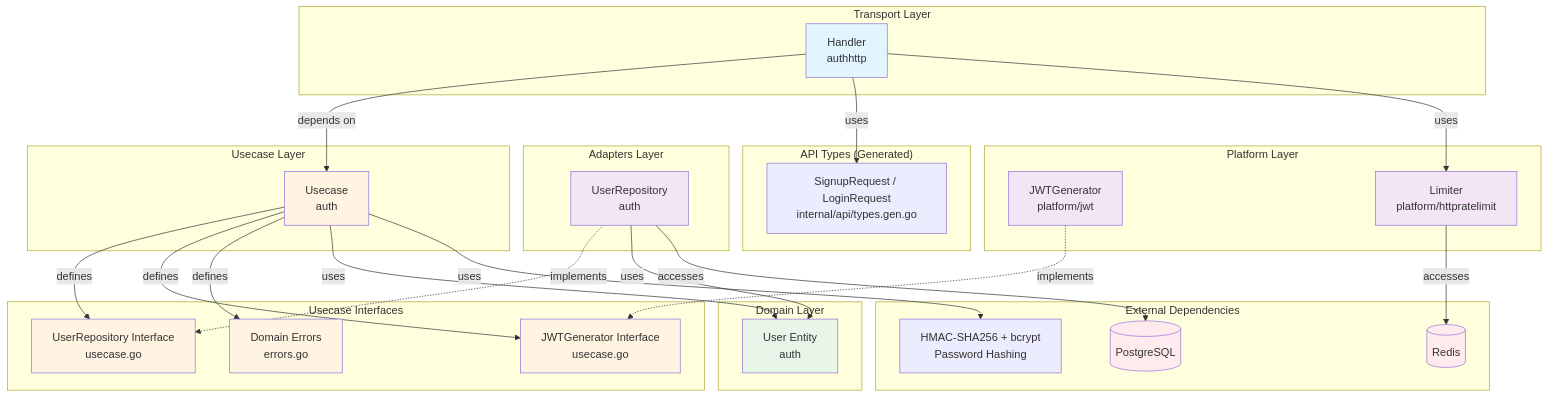
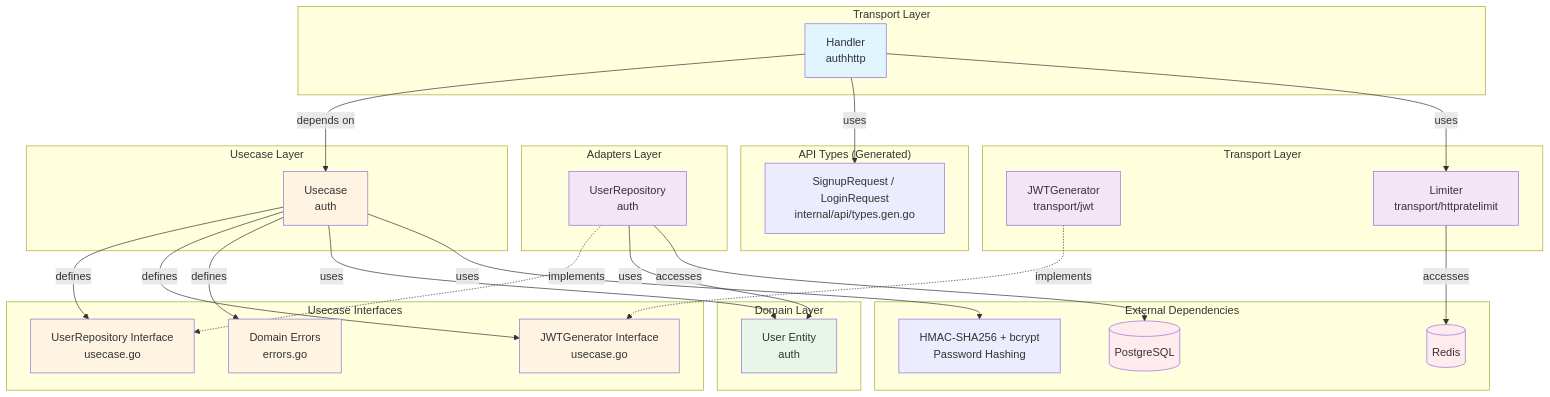
Before and after one commit to UCHIDAnobuhiro/stock_backend: the sixth of 6 diagrams in internal/feature/auth/README.md, drawn with Mermaid. The commit also changed other lines of this file and 3 other files, not shown here.

````diff
--- a/internal/feature/auth/README.md
+++ b/internal/feature/auth/README.md
@@ -424,65 +424,65 @@
 ```mermaid
 graph TB
     subgraph "Transport Layer"
         Handler[Handler<br/>authhttp]
     end
 
     subgraph "API Types (Generated)"
         APITypes[SignupRequest / LoginRequest<br/>internal/api/types.gen.go]
     end
 
     subgraph "Usecase Layer"
         Usecase[Usecase<br/>auth]
     end
 
     subgraph "Domain Layer"
         Entity[User Entity<br/>auth]
     end
 
     subgraph "Usecase Interfaces"
         RepoInterface[UserRepository Interface<br/>usecase.go]
         JWTInterface[JWTGenerator Interface<br/>usecase.go]
         Errors[Domain Errors<br/>errors.go]
     end
 
     subgraph "Adapters Layer"
         RepoImpl[UserRepository<br/>auth]
     end
 
-    subgraph "Platform Layer"
-        JWTImpl[JWTGenerator<br/>platform/jwt]
-        RateLimiter[Limiter<br/>platform/httpratelimit]
+    subgraph "Transport Layer"
+        JWTImpl[JWTGenerator<br/>transport/jwt]
+        RateLimiter[Limiter<br/>transport/httpratelimit]
     end
 
     subgraph "External Dependencies"
         DB[(PostgreSQL)]
         BCrypt[HMAC-SHA256 + bcrypt<br/>Password Hashing]
         Redis[(Redis)]
     end
 
     Handler -->|depends on| Usecase
     Handler -->|uses| APITypes
     Handler -->|uses| RateLimiter
     Usecase -->|defines| RepoInterface
     Usecase -->|defines| JWTInterface
     Usecase -->|defines| Errors
     Usecase -->|uses| Entity
     Usecase -->|uses| BCrypt
     RepoImpl -.->|implements| RepoInterface
     RepoImpl -->|uses| Entity
     RepoImpl -->|accesses| DB
     JWTImpl -.->|implements| JWTInterface
     RateLimiter -->|accesses| Redis
 
     style Handler fill:#e1f5ff
     style Usecase fill:#fff4e1
     style Entity fill:#e8f5e9
     style RepoInterface fill:#fff4e1
     style JWTInterface fill:#fff4e1
     style Errors fill:#fff4e1
     style RepoImpl fill:#f3e5f5
     style JWTImpl fill:#f3e5f5
     style RateLimiter fill:#f3e5f5
     style DB fill:#ffebee
     style Redis fill:#ffebee
 ```
````
